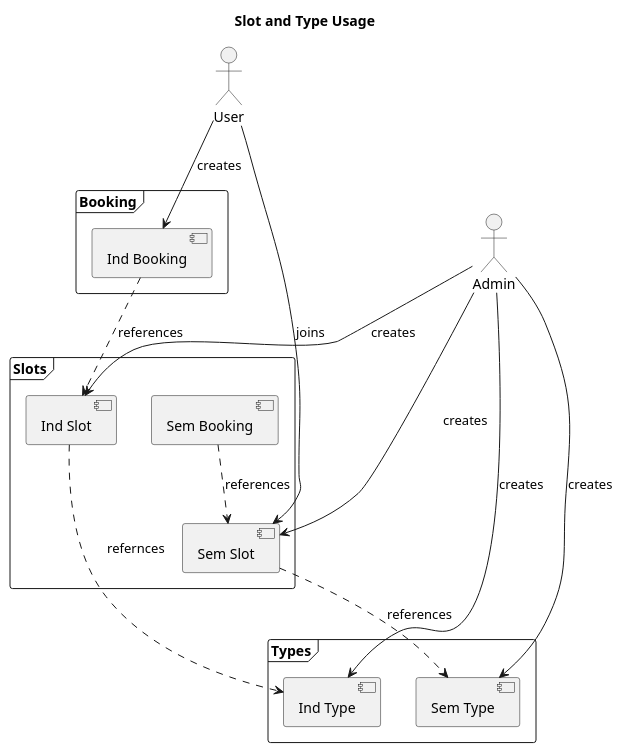
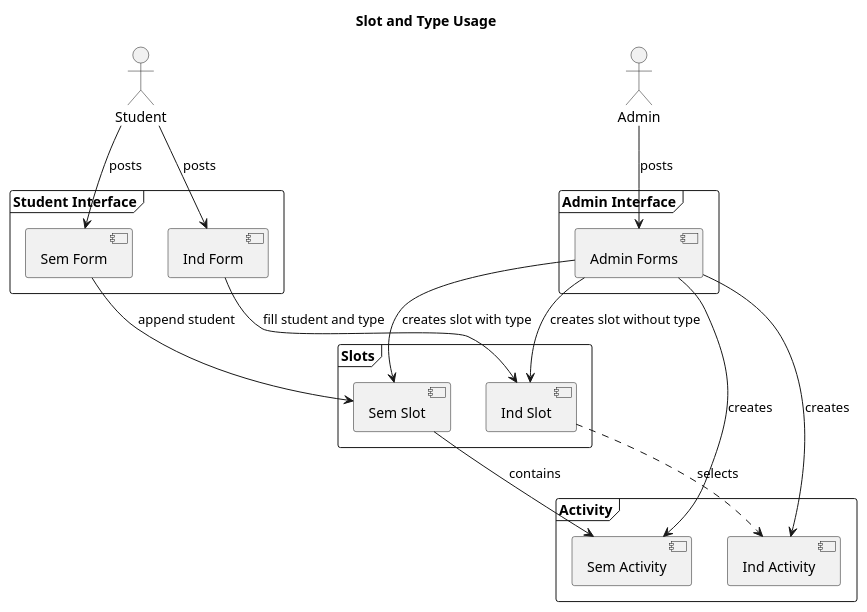
Before and after one commit to sopermaf/polyglossa: the diagram in docs/booking.wsd, drawn with PlantUML.

Commit message:
Added basic UML of bookings app.

```diff
--- a/docs/booking.wsd
+++ b/docs/booking.wsd
@@ -1,36 +1,46 @@
 @startuml
 title Slot and Type Usage
-actor User
+actor Student
 actor Admin
 
 
-frame "Types" {
-    [Sem Type]
-    [Ind Type]
+frame "Student Interface" {
+    [Sem Form]
+    [Ind Form]
 
-    Admin --> [Sem Type]: creates
-    Admin --> [Ind Type]: creates
+    Student --> [Ind Form]: posts
+    Student --> [Sem Form]: posts
+    
 }
 
-frame "Booking" {
-    [Ind Booking]
+frame "Admin Interface" {
+    [Admin Forms]
 
-    User --> [Ind Booking] : creates
+    Admin --> [Admin Forms]: posts
 }
+
 
 frame "Slots" {
     [Sem Slot]
     [Ind Slot]
 
-    [Ind Slot] ..> [Ind Type]: refernces
-    [Sem Slot] ..> [Sem Type]: references
-
-    [Ind Booking] ..> [Ind Slot] : references
-    [Sem Booking] ..> [Sem Slot] : references
-
-    Admin --> [Ind Slot] : creates
-    Admin--> [Sem Slot] : creates
-    User--> [Sem Slot] : joins
+    [Ind Form] --> [Ind Slot]: fill student and type
+    [Sem Form] --> [Sem Slot]: append student
+    [Admin Forms] --> [Ind Slot]: creates slot without type
+    [Admin Forms] --> [Sem Slot]: creates slot with type
 }
 
+frame "Activity" {
+    [Sem Activity]
+    [Ind Activity]
+
+    [Admin Forms] --> [Sem Activity] : creates
+    [Admin Forms] --> [Ind Activity] : creates
+
+    [Ind Slot] ..> [Ind Activity]:  selects
+    [Sem Slot] --> [Sem Activity]:  contains
+}
+
+
+
 @enduml
```
